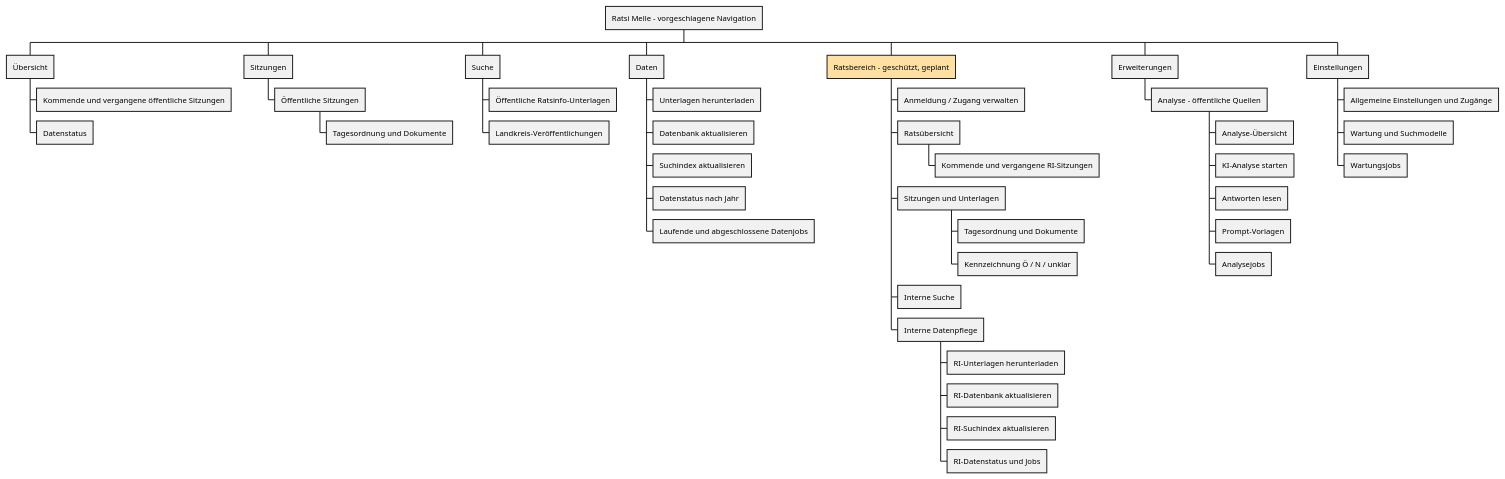
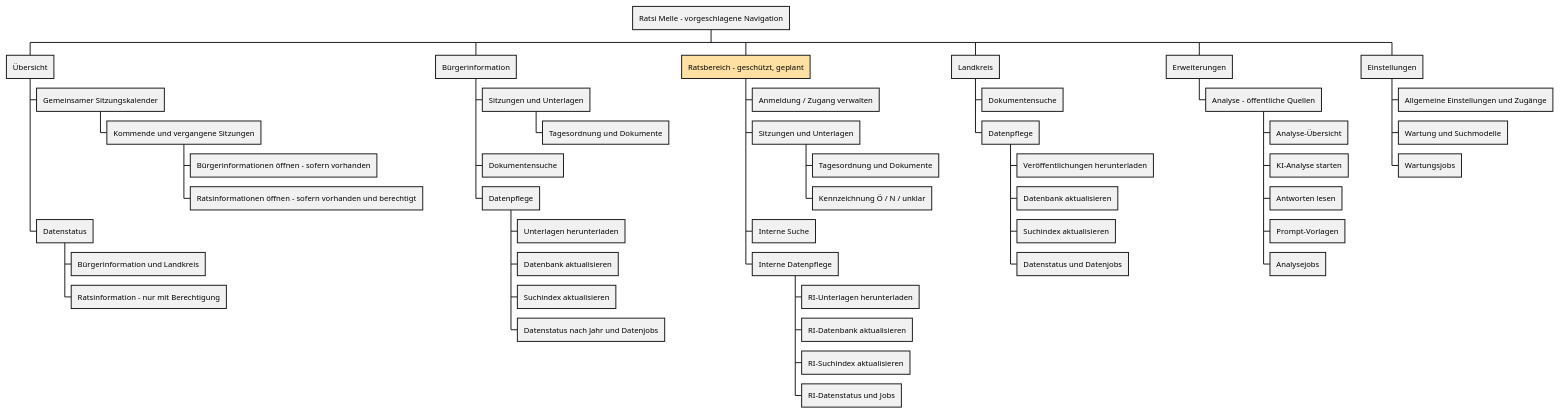
The diagram in docs/plans/navigation_ziel.puml (WehkingDiane/ratsi_melle), drawn with PlantUML before and after one commit. The commit also changed 2 other files, not shown here.

Commit message:
Plane gemeinsamen Kalender mit BI- und RI-Einstiegen

```diff
--- a/docs/plans/navigation_ziel.puml
+++ b/docs/plans/navigation_ziel.puml
@@ -1,44 +1,51 @@
 @startwbs
 ' Vorschlag, noch nicht umgesetzt. Orange = RI-Erweiterung.
 ' Unterknoten beschreiben Seiten und Funktionen, nicht zwingend Dropdown-Ebenen.
 * Ratsi Melle – vorgeschlagene Navigation
 ** Übersicht
-*** Kommende und vergangene öffentliche Sitzungen
+*** Gemeinsamer Sitzungskalender
+**** Kommende und vergangene Sitzungen
+***** Bürgerinformationen öffnen – sofern vorhanden
+***** Ratsinformationen öffnen – sofern vorhanden und berechtigt
 *** Datenstatus
-** Sitzungen
-*** Öffentliche Sitzungen
+**** Bürgerinformation und Landkreis
+**** Ratsinformation – nur mit Berechtigung
+** Bürgerinformation
+*** Sitzungen und Unterlagen
 **** Tagesordnung und Dokumente
-** Suche
-*** Öffentliche Ratsinfo-Unterlagen
-*** Landkreis-Veröffentlichungen
-** Daten
-*** Unterlagen herunterladen
-*** Datenbank aktualisieren
-*** Suchindex aktualisieren
-*** Datenstatus nach Jahr
-*** Laufende und abgeschlossene Datenjobs
+*** Dokumentensuche
+*** Datenpflege
+**** Unterlagen herunterladen
+**** Datenbank aktualisieren
+**** Suchindex aktualisieren
+**** Datenstatus nach Jahr und Datenjobs
 **[#FFE0A3] Ratsbereich – geschützt, geplant
 *** Anmeldung / Zugang verwalten
-*** Ratsübersicht
-**** Kommende und vergangene RI-Sitzungen
 *** Sitzungen und Unterlagen
 **** Tagesordnung und Dokumente
 **** Kennzeichnung Ö / N / unklar
 *** Interne Suche
 *** Interne Datenpflege
 **** RI-Unterlagen herunterladen
 **** RI-Datenbank aktualisieren
 **** RI-Suchindex aktualisieren
 **** RI-Datenstatus und Jobs
+** Landkreis
+*** Dokumentensuche
+*** Datenpflege
+**** Veröffentlichungen herunterladen
+**** Datenbank aktualisieren
+**** Suchindex aktualisieren
+**** Datenstatus und Datenjobs
 ** Erweiterungen
 *** Analyse – öffentliche Quellen
 **** Analyse-Übersicht
 **** KI-Analyse starten
 **** Antworten lesen
 **** Prompt-Vorlagen
 **** Analysejobs
 ** Einstellungen
 *** Allgemeine Einstellungen und Zugänge
 *** Wartung und Suchmodelle
 *** Wartungsjobs
 @endwbs
```
